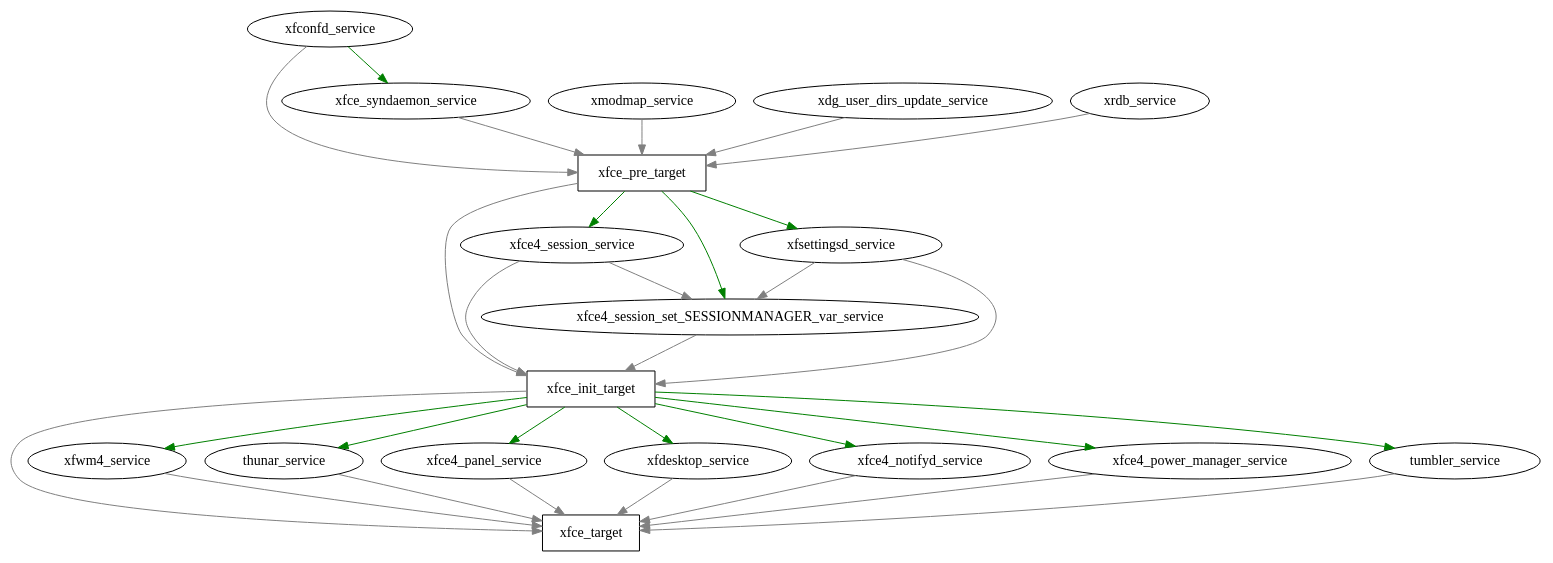
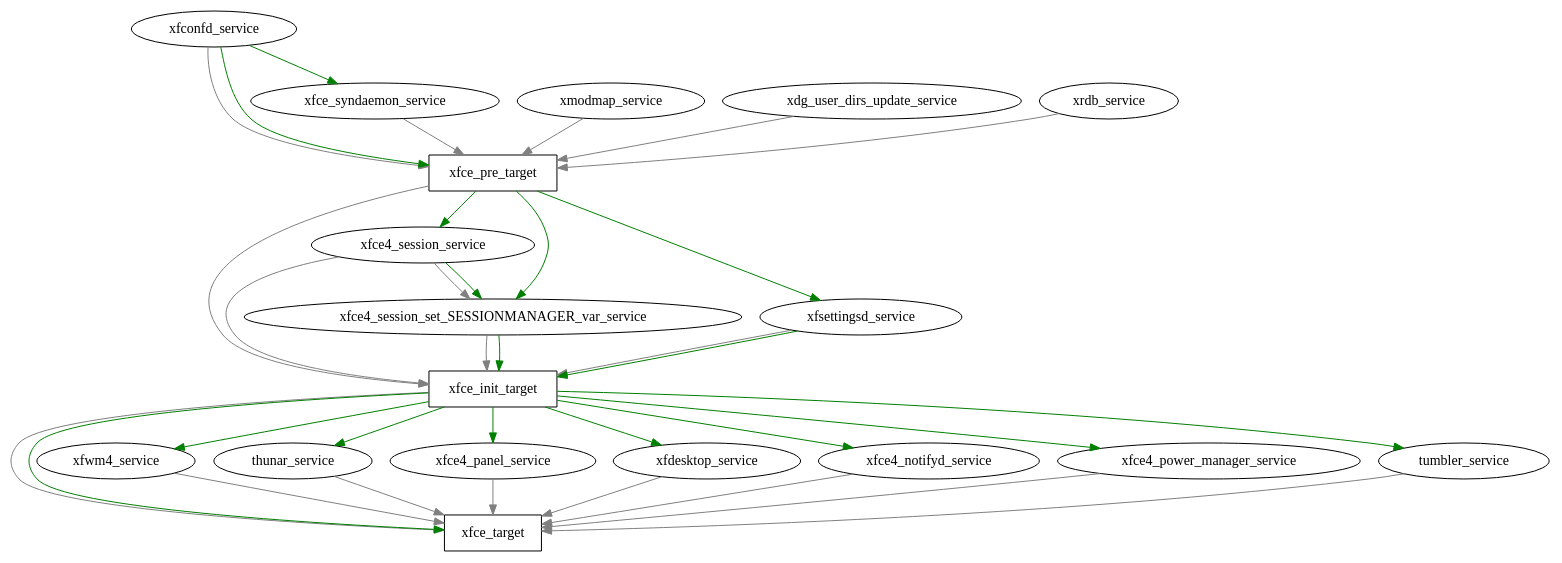
The diagram in doc/dependencies.dot (killermoehre/xfce-systemd-units), drawn with Graphviz before and after one commit. The commit also changed 1 other file, not shown here.

```diff
--- a/doc/dependencies.dot
+++ b/doc/dependencies.dot
@@ -1,49 +1,50 @@
 digraph xfce_systemd {
-    ### WantedBy ###
+    ### WantedBy/Requires ###
     edge [color="grey"]
     node [shape="box"]
     # targets itself
     xfce_pre_target -> xfce_init_target;
     xfce_init_target -> xfce_target;
 
     node [shape="oval"]
     # stuff for xfce-pre.target
     xfconfd_service -> xfce_pre_target;
     xmodmap_service -> xfce_pre_target;
     xdg_user_dirs_update_service -> xfce_pre_target;
     xrdb_service -> xfce_pre_target;
     xfce_syndaemon_service -> xfce_pre_target;
 
     # stuff for xfce-init.target
     xfce4_session_service -> xfce_init_target;
     xfce4_session_set_SESSIONMANAGER_var_service -> xfce_init_target;
     xfce4_session_service -> xfce4_session_set_SESSIONMANAGER_var_service;
     xfsettingsd_service -> xfce_init_target;
-    xfsettingsd_service -> xfce4_session_set_SESSIONMANAGER_var_service;
 
     # stuff for xfce.target
     xfwm4_service -> xfce_target;
     thunar_service -> xfce_target;
     xfce4_panel_service -> xfce_target;
     xfdesktop_service -> xfce_target;
     xfce4_notifyd_service -> xfce_target;
     xfce4_power_manager_service -> xfce_target;
     tumbler_service -> xfce_target;
 
-    ### Before ###
-
-
     ### After ###
     edge [color="green"]
+    xfconfd_service -> xfce_pre_target;
     xfce_pre_target -> xfce4_session_service;
     xfce_pre_target -> xfce4_session_set_SESSIONMANAGER_var_service;
     xfce_pre_target -> xfsettingsd_service;
+    xfce4_session_service -> xfce4_session_set_SESSIONMANAGER_var_service;
+    xfce4_session_set_SESSIONMANAGER_var_service -> xfce_init_target;
+    xfsettingsd_service -> xfce_init_target;
     xfce_init_target -> xfwm4_service;
     xfce_init_target -> thunar_service;
     xfce_init_target -> xfce4_panel_service;
     xfce_init_target -> xfdesktop_service;
     xfce_init_target -> xfce4_notifyd_service;
     xfce_init_target -> xfce4_power_manager_service;
     xfce_init_target -> tumbler_service;
+    xfce_init_target -> xfce_target;
     xfconfd_service -> xfce_syndaemon_service;
 }
```
